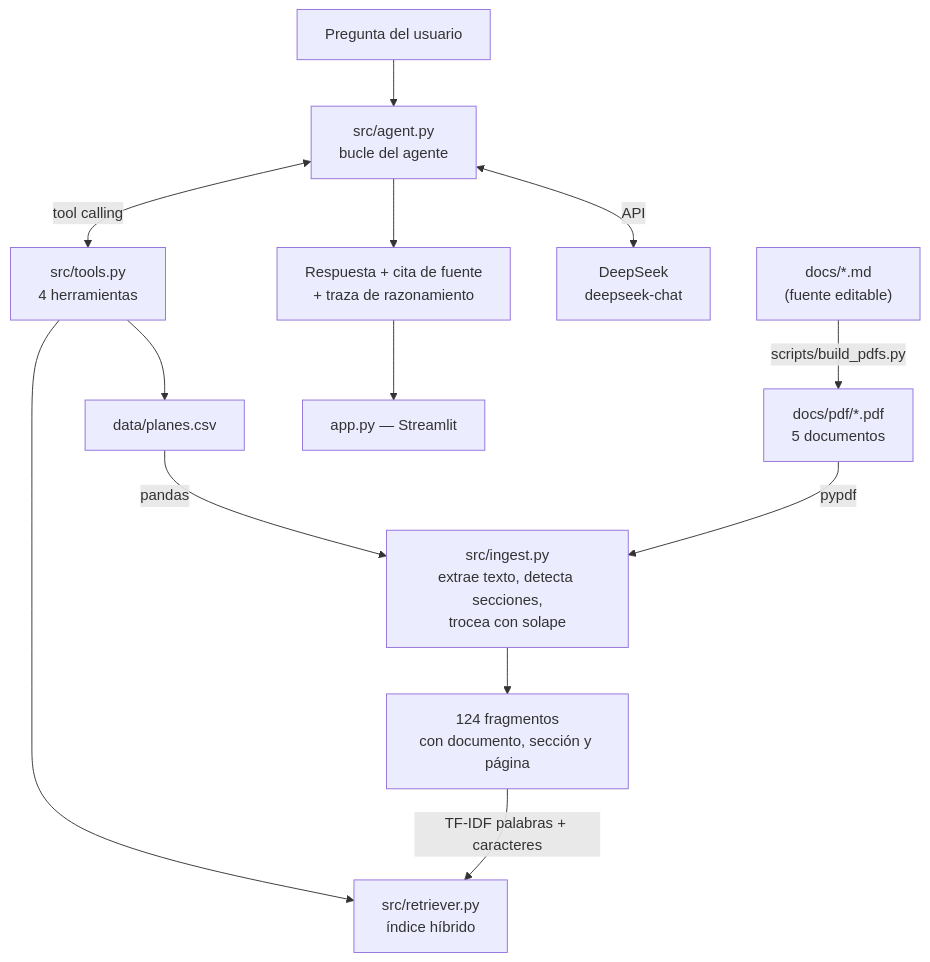
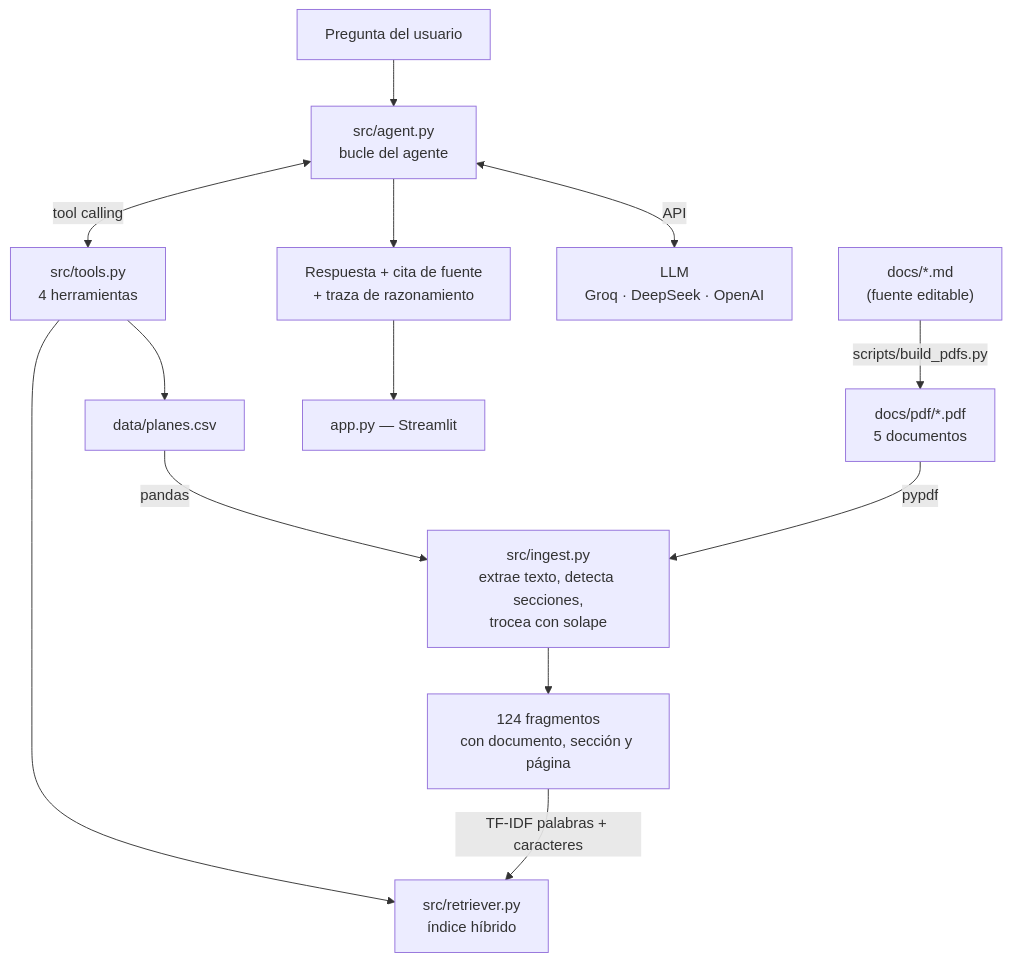
Before and after one commit to brokitech-rgb/Challenge-Alura-Agente: the diagram in README.md, drawn with Mermaid. The commit also changed other lines of this file and 11 other files, not shown here.

````diff
--- a/README.md
+++ b/README.md
@@ -52,18 +52,18 @@
 ```mermaid
 flowchart TD
     A["docs/*.md<br/>(fuente editable)"] -->|scripts/build_pdfs.py| B["docs/pdf/*.pdf<br/>5 documentos"]
     C["data/planes.csv"]
 
     B -->|pypdf| D["src/ingest.py<br/>extrae texto, detecta secciones,<br/>trocea con solape"]
     C -->|pandas| D
     D --> E["124 fragmentos<br/>con documento, sección y página"]
     E -->|TF-IDF palabras + caracteres| F["src/retriever.py<br/>índice híbrido"]
 
     G["Pregunta del usuario"] --> H["src/agent.py<br/>bucle del agente"]
     H <-->|tool calling| I["src/tools.py<br/>4 herramientas"]
     I --> F
     I --> C
-    H <-->|API| J["DeepSeek<br/>deepseek-chat"]
+    H <-->|API| J["LLM<br/>Groq · DeepSeek · OpenAI"]
     H --> K["Respuesta + cita de fuente<br/>+ traza de razonamiento"]
     K --> L["app.py — Streamlit"]
 ```
````
